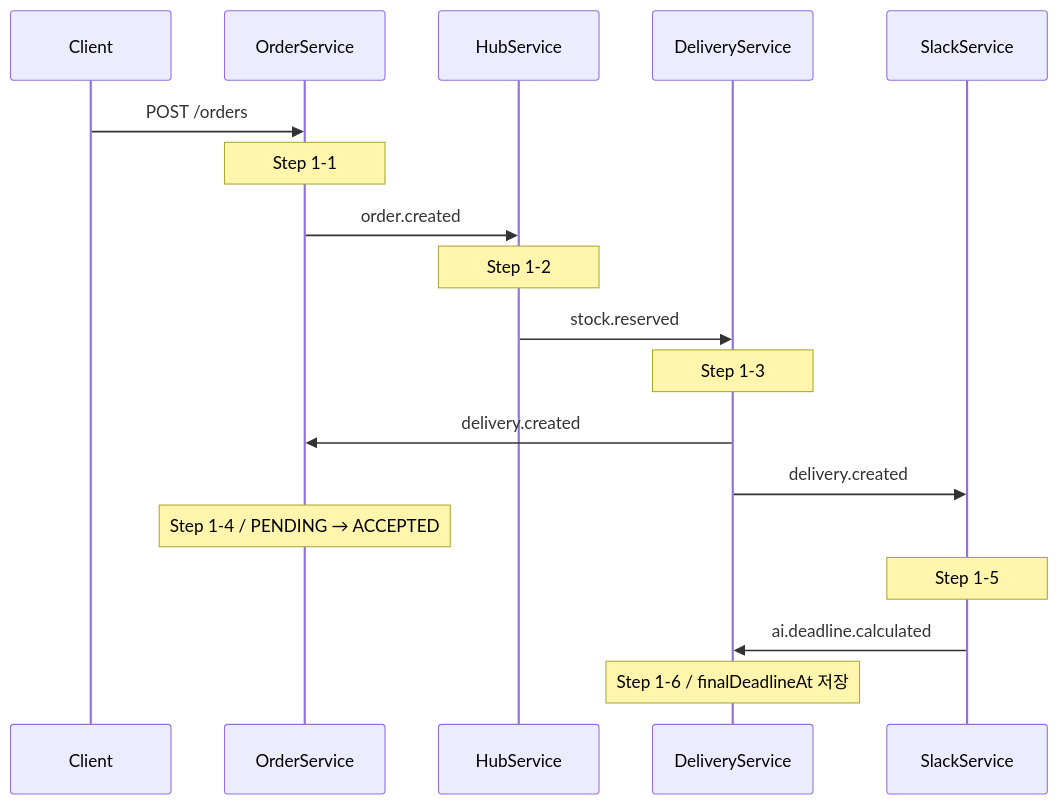
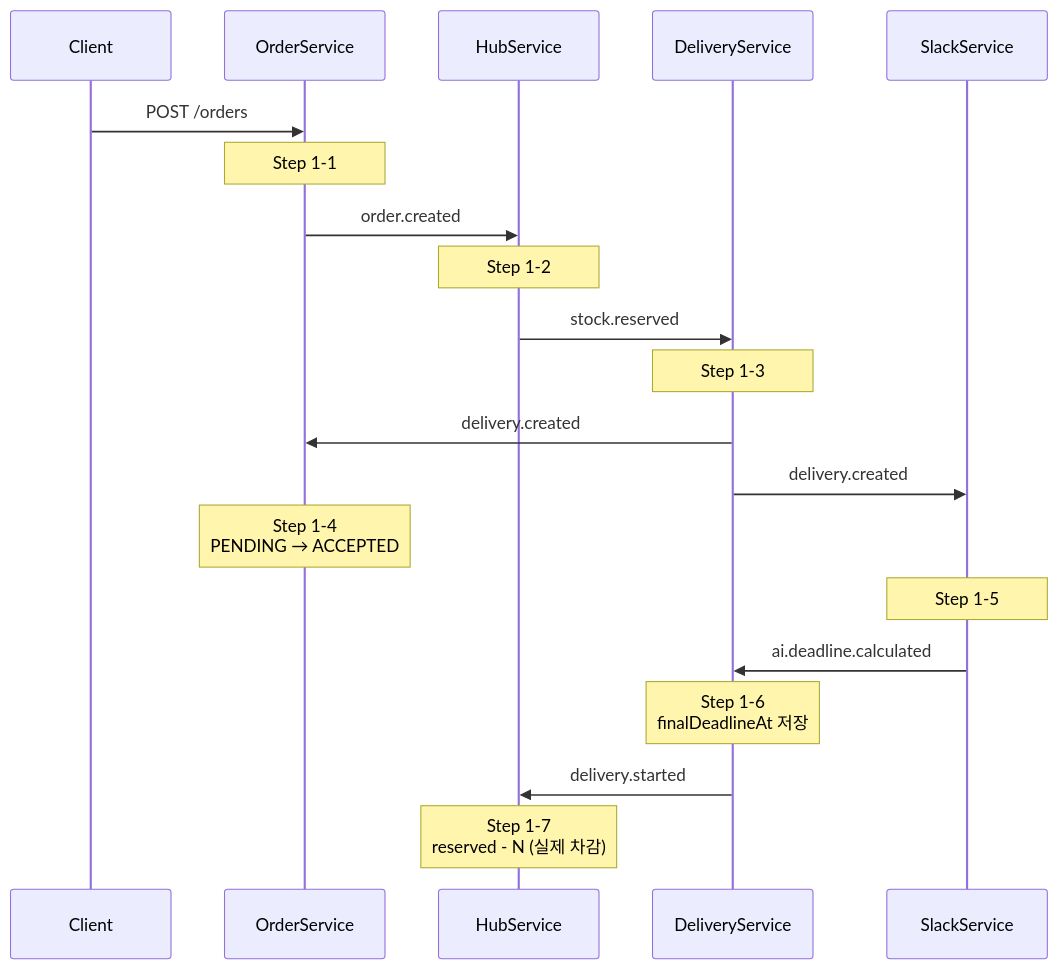
The first of 6 diagrams in order-service/src/main/java/com/sparta/logistics/order/order/saga/README.md (qkrwns1478/sparta-logistics), drawn with Mermaid before and after one commit. The commit also changed other lines of this file, not shown here.

````diff
--- a/order-service/src/main/java/com/sparta/logistics/order/order/saga/README.md
+++ b/order-service/src/main/java/com/sparta/logistics/order/order/saga/README.md
@@ -46,21 +45,23 @@
 ```mermaid
 sequenceDiagram
     participant C as Client
     participant O as OrderService
     participant H as HubService
     participant D as DeliveryService
     participant S as SlackService
 
     C->>O: POST /orders
     Note over O: Step 1-1
     O->>H: order.created
     Note over H: Step 1-2
     H->>D: stock.reserved
     Note over D: Step 1-3
     D->>O: delivery.created
     D->>S: delivery.created
-    Note over O: Step 1-4 / PENDING → ACCEPTED
+    Note over O: Step 1-4<br>PENDING → ACCEPTED
     Note over S: Step 1-5
     S->>D: ai.deadline.calculated
-    Note over D: Step 1-6 / finalDeadlineAt 저장
+    Note over D: Step 1-6<br>finalDeadlineAt 저장
+    D->>H: delivery.started
+    Note over H: Step 1-7<br>reserved - N (실제 차감)
 ```
````
